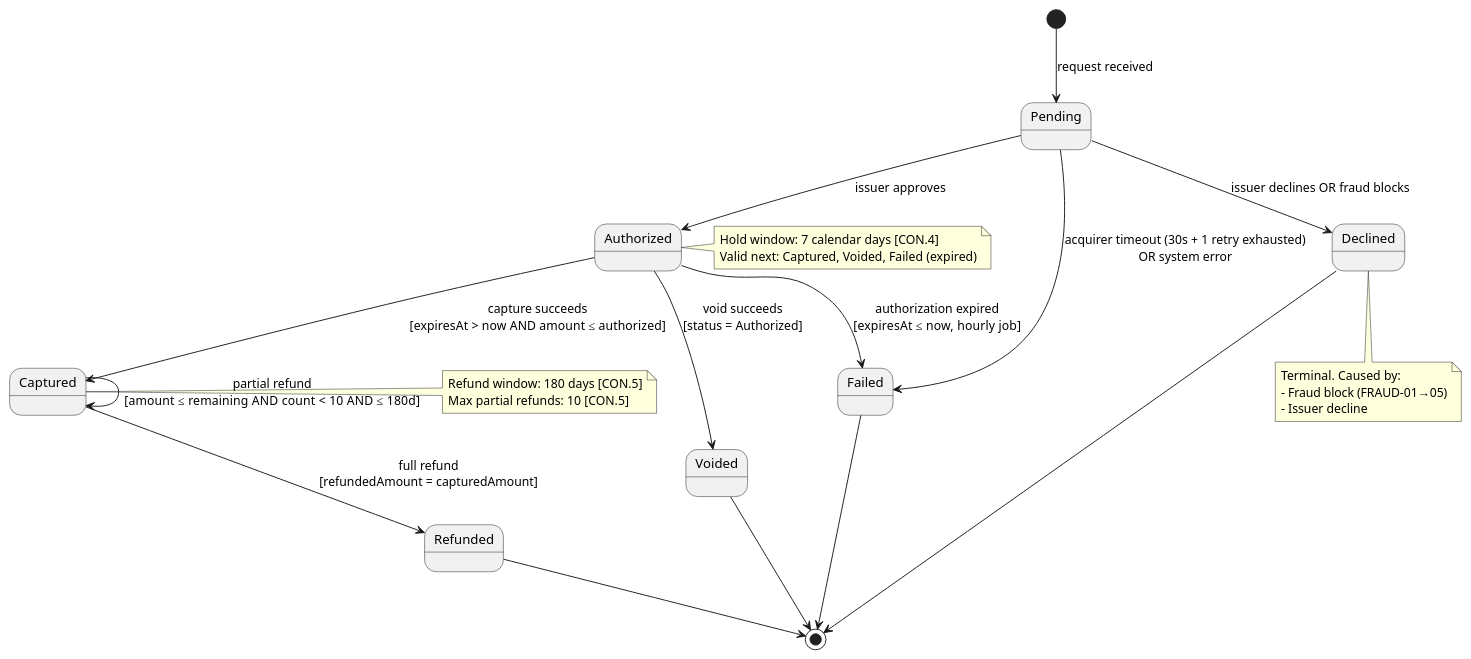
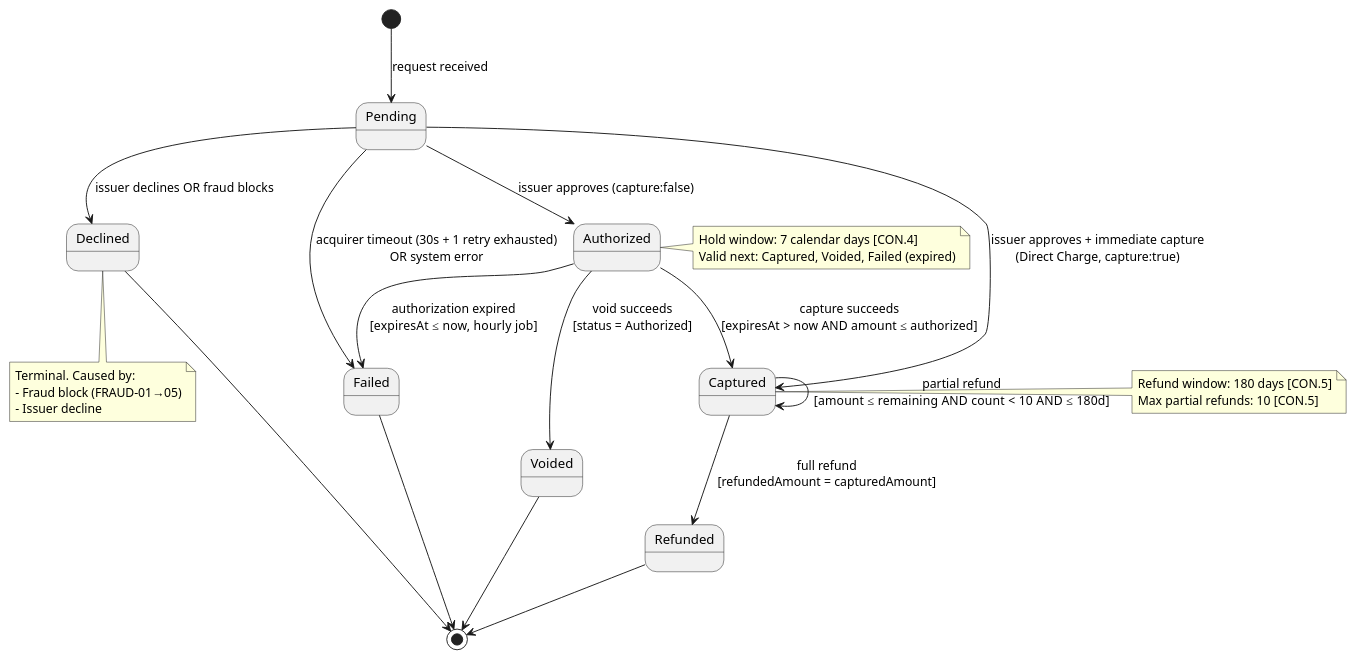
Before and after one commit to manhtienptit/team3: the fifth of 5 diagrams in Lb/Lab5-UML-LowLevel.md, drawn with PlantUML. The commit also changed other lines of this file and 1 other file, not shown here.

````diff
--- a/Lb/Lab5-UML-LowLevel.md
+++ b/Lb/Lab5-UML-LowLevel.md
@@ -408,38 +326,39 @@
 ```plantuml
 @startuml
 [*] --> Pending : request received
 
-Pending --> Authorized : issuer approves
+Pending --> Authorized : issuer approves (capture:false)
+Pending --> Captured : issuer approves + immediate capture\n(Direct Charge, capture:true)
 Pending --> Declined : issuer declines OR fraud blocks
 Pending --> Failed : acquirer timeout (30s + 1 retry exhausted)\nOR system error
 
 Authorized --> Captured : capture succeeds\n[expiresAt > now AND amount ≤ authorized]
 Authorized --> Voided : void succeeds\n[status = Authorized]
 Authorized --> Failed : authorization expired\n[expiresAt ≤ now, hourly job]
 
 Captured --> Refunded : full refund\n[refundedAmount = capturedAmount]
 Captured --> Captured : partial refund\n[amount ≤ remaining AND count < 10 AND ≤ 180d]
 
 Voided --> [*]
 Refunded --> [*]
 Declined --> [*]
 Failed --> [*]
 
 note right of Authorized
   Hold window: 7 calendar days [CON.4]
   Valid next: Captured, Voided, Failed (expired)
 end note
 
 note right of Captured
   Refund window: 180 days [CON.5]
   Max partial refunds: 10 [CON.5]
 end note
 
 note bottom of Declined
   Terminal. Caused by:
   - Fraud block (FRAUD-01→05)
   - Issuer decline
 end note
 
 @enduml
 ```
````
